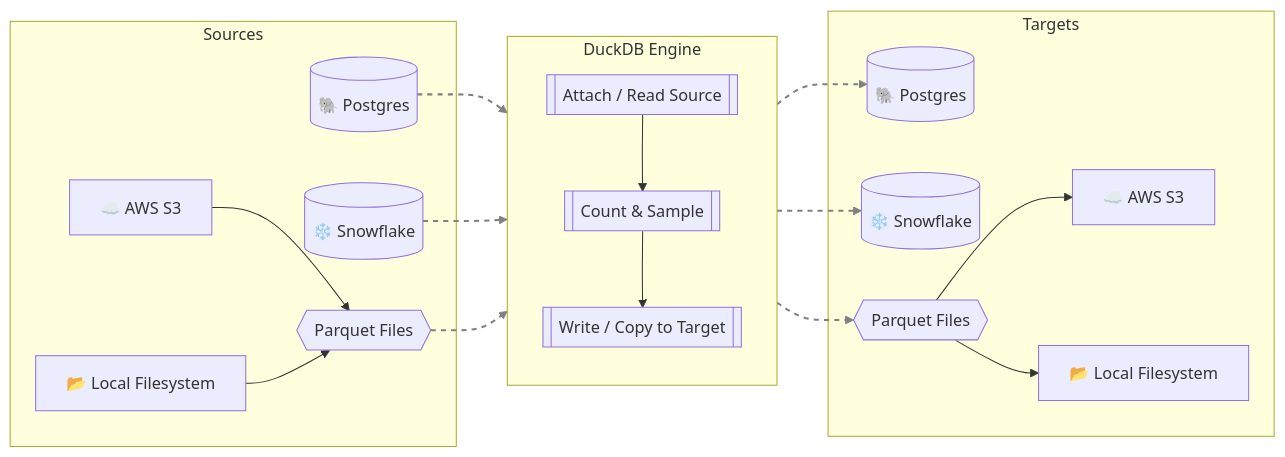
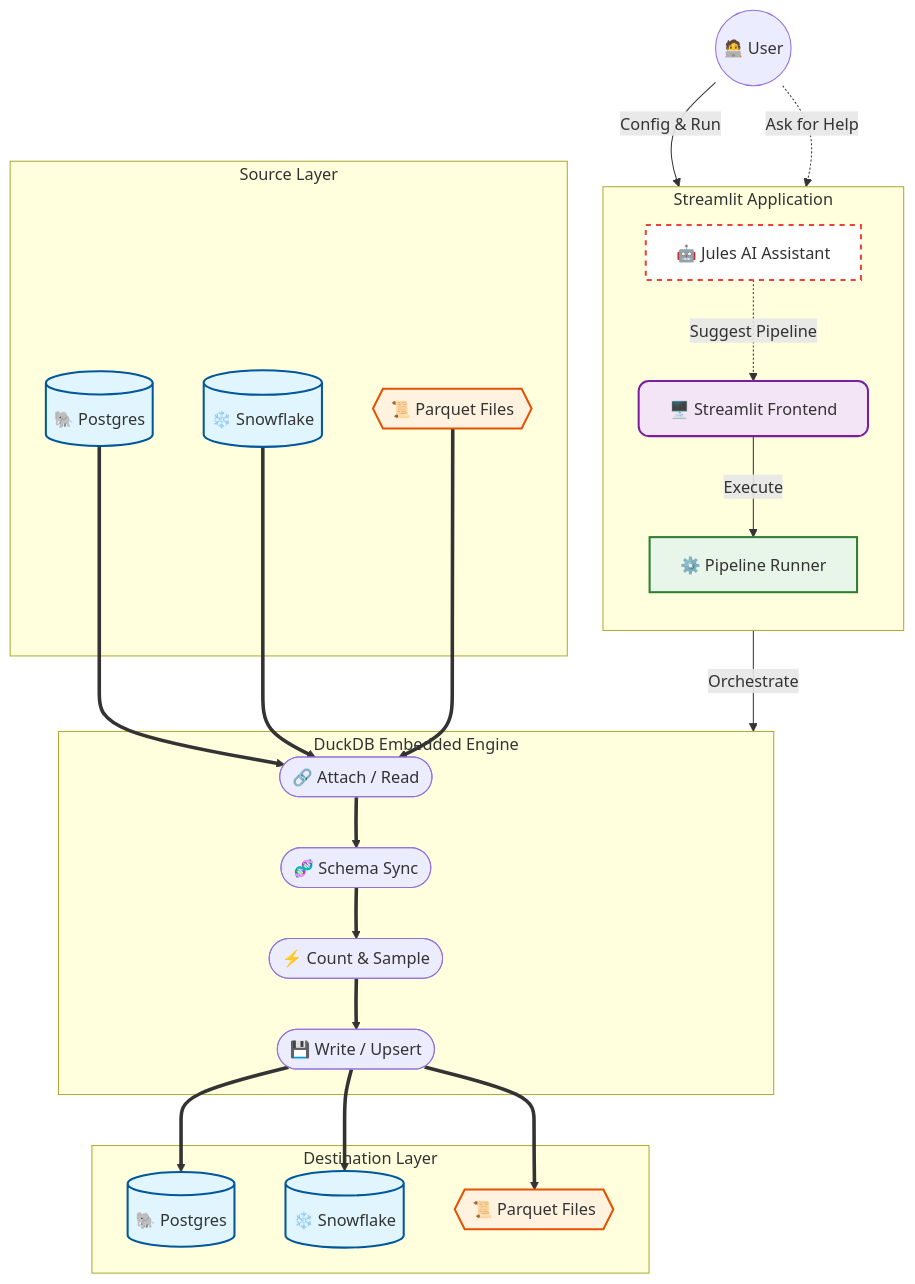
Before and after one commit to MrBisonte/quacknettor: the diagram in README.md, drawn with Mermaid. The commit also changed other lines of this file and 8 other files, not shown here.

First line of the commit message:
duckel: implement incremental loading, schema evolution, and UI overhaul

````diff
--- a/README.md
+++ b/README.md
@@ -9,38 +12,51 @@
 ```mermaid
-flowchart LR
-    subgraph Sources
-        PG[(🐘 Postgres)]
-        SF[(❄️ Snowflake)]
-        S3_Src[☁️ AWS S3]
-        Local_Src[📂 Local Filesystem]
-        PQ_In{{Parquet Files}}
+flowchart TD
+    %% Use classes to style nodes
+    classDef db fill:#e1f5fe,stroke:#01579b,stroke-width:2px;
+    classDef file fill:#fff3e0,stroke:#e65100,stroke-width:2px;
+    classDef core fill:#e8f5e9,stroke:#2e7d32,stroke-width:2px;
+    classDef ui fill:#f3e5f5,stroke:#7b1fa2,stroke-width:2px,rx:10,ry:10;
+    classDef ai fill:#fff,stroke:#ea4335,stroke-width:2px,stroke-dasharray: 5 5;
+
+    User((🧑‍💻 User))
+
+    subgraph App_Layer [Streamlit Application]
+        direction TB
+        UI[🖥️ Streamlit Frontend]:::ui
+        Jules[🤖 Jules AI Assistant]:::ai
+        Runner[⚙️ Pipeline Runner]:::core
     end
 
-    subgraph Core[DuckDB Engine]
-        direction TB
-        Attach[[Attach / Read Source]]
-        Process[[Count & Sample]]
-        Write[[Write / Copy to Target]]
+    subgraph Data_Sources [Source Layer]
+        PG_Src[(🐘 Postgres)]:::db
+        SF_Src[(❄️ Snowflake)]:::db
+        PQ_Src{{📜 Parquet Files}}:::file
     end
 
-    subgraph Targets
-        PG_Out[(🐘 Postgres)]
-        SF_Out[(❄️ Snowflake)]
-        PQ_Out{{Parquet Files}}
-        S3_Tgt[☁️ AWS S3]
-        Local_Tgt[📂 Local Filesystem]
+    subgraph DuckDB_Engine [DuckDB Embedded Engine]
+        Attach([🔗 Attach / Read])
+        Schema([🧬 Schema Sync])
+        Compute([⚡ Count & Sample])
+        Write([💾 Write / Upsert])
     end
 
-    %% Edge Definitions (Order is important for linkStyle)
-    S3_Src & Local_Src --> PQ_In
-    PG & SF & PQ_In -.-> Attach
-    Attach --> Process
-    Process --> Write
-    Write -.-> PG_Out & SF_Out & PQ_Out
-    PQ_Out --> S3_Tgt & Local_Tgt
-    
-    %% Animate dashed lines: 
-    %% Sources->Attach (Indices 2,3,4) 
-    %% Write->Targets (Indices 7,8,9)
-    linkStyle 2,3,4,7,8,9 stroke-width:2px,fill:none,stroke:gray,stroke-dasharray: 5 5,animation:dash 1s linear infinite
+    subgraph Targets [Destination Layer]
+        PG_Out[(🐘 Postgres)]:::db
+        SF_Out[(❄️ Snowflake)]:::db
+        PQ_Out{{📜 Parquet Files}}:::file
+    end
+
+    %% Interactions
+    User -->|Config & Run| UI
+    User -.->|Ask for Help| Jules
+    Jules -.->|Suggest Pipeline| UI
+    UI -->|Execute| Runner
+    Runner -->|Orchestrate| DuckDB_Engine
+
+    %% Data Flow
+    PG_Src & SF_Src & PQ_Src ==> Attach
+    Attach ==> Schema
+    Schema ==> Compute
+    Compute ==> Write
+    Write ==> PG_Out & SF_Out & PQ_Out
 ```
````
